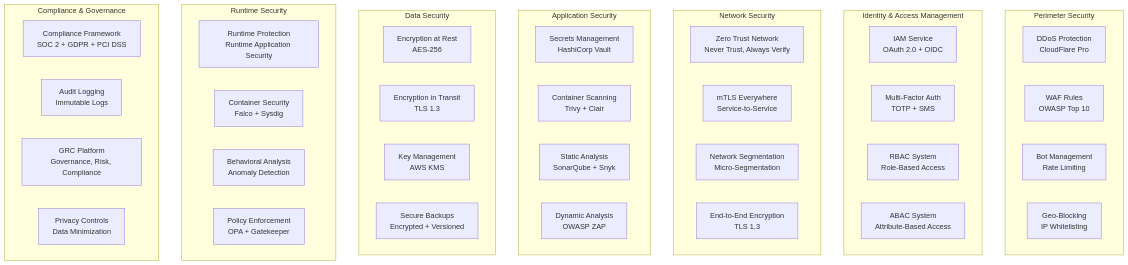
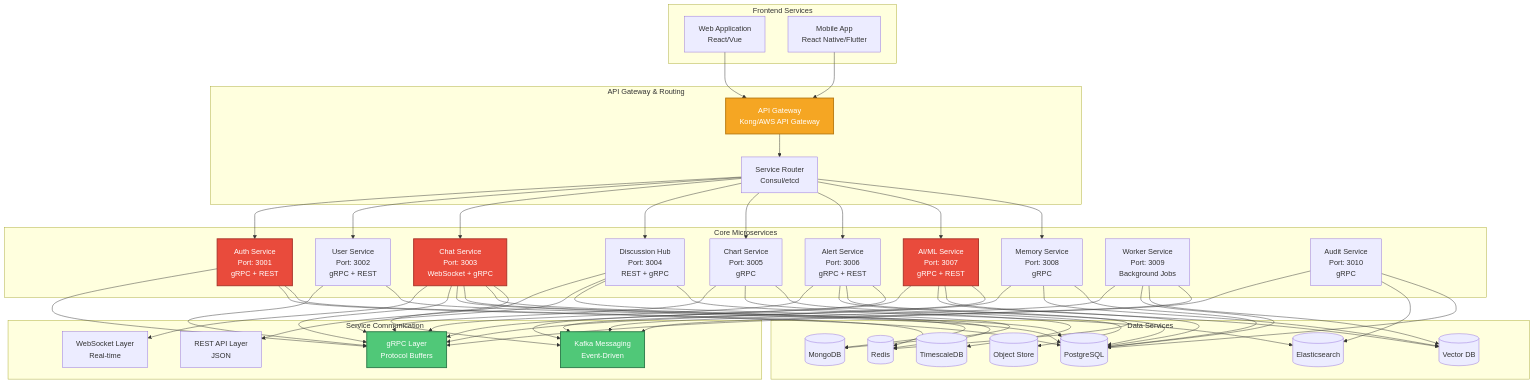
One commit to amar01vidality/Chat_System_documention_And_Architecture- changed the second of 10 diagrams in architecture.md. Above: the diagram before and after it, drawn with Mermaid. The commit also changed other lines of this file, not shown here.

````diff
--- a/architecture.md
+++ b/architecture.md
@@ -211,51 +127,101 @@
 ```mermaid
 graph TB
-    subgraph "Perimeter Security"
-        DDOS[DDoS Protection<br/>CloudFlare Pro]
-        WAFSEC[WAF Rules<br/>OWASP Top 10]
-        BOT[Bot Management<br/>Rate Limiting]
-        GEO[Geo-Blocking<br/>IP Whitelisting]
+    subgraph "Frontend Services"
+        WEB_APP[Web Application<br/>React/Vue]
+        MOBILE_APP[Mobile App<br/>React Native/Flutter]
     end
 
-    subgraph "Identity & Access Management"
-        IAM[IAM Service<br/>OAuth 2.0 + OIDC]
-        MFA[Multi-Factor Auth<br/>TOTP + SMS]
-        RBAC[RBAC System<br/>Role-Based Access]
-        ABAC[ABAC System<br/>Attribute-Based Access]
+    subgraph "API Gateway & Routing"
+        API_GW[API Gateway<br/>Kong/AWS API Gateway]
+        ROUTER[Service Router<br/>Consul/etcd]
     end
 
-    subgraph "Network Security"
-        ZERO[Zero Trust Network<br/>Never Trust, Always Verify]
-        MTLS[mTLS Everywhere<br/>Service-to-Service]
-        SEG[Network Segmentation<br/>Micro-Segmentation]
-        ENCRYPT[End-to-End Encryption<br/>TLS 1.3]
+    subgraph "Core Microservices"
+        AUTH[Auth Service<br/>Port: 3001<br/>gRPC + REST]
+        USER[User Service<br/>Port: 3002<br/>gRPC + REST]
+        CHAT[Chat Service<br/>Port: 3003<br/>WebSocket + gRPC]
+        DISCUSSION[Discussion Hub<br/>Port: 3004<br/>REST + gRPC]
+        CHART[Chart Service<br/>Port: 3005<br/>gRPC]
+        ALERT[Alert Service<br/>Port: 3006<br/>gRPC + REST]
+        AI[AI/ML Service<br/>Port: 3007<br/>gRPC + REST]
+        MEMORY[Memory Service<br/>Port: 3008<br/>gRPC]
+        WORKER[Worker Service<br/>Port: 3009<br/>Background Jobs]
+        AUDIT[Audit Service<br/>Port: 3010<br/>gRPC]
     end
 
-    subgraph "Application Security"
-        VAULT[Secrets Management<br/>HashiCorp Vault]
-        SCAN[Container Scanning<br/>Trivy + Clair]
-        SAST[Static Analysis<br/>SonarQube + Snyk]
-        DAST[Dynamic Analysis<br/>OWASP ZAP]
+    subgraph "Service Communication"
+        GRPC[gRPC Layer<br/>Protocol Buffers]
+        REST[REST API Layer<br/>JSON]
+        WS[WebSocket Layer<br/>Real-time]
+        KAFKA_MSG[Kafka Messaging<br/>Event-Driven]
     end
 
-    subgraph "Data Security"
-        ENCRYPT_REST[Encryption at Rest<br/>AES-256]
-        ENCRYPT_TRANS[Encryption in Transit<br/>TLS 1.3]
-        KEY_MGMT[Key Management<br/>AWS KMS]
-        BACKUP[Secure Backups<br/>Encrypted + Versioned]
+    subgraph "Data Services"
+        PG[(PostgreSQL)]
+        MONGO[(MongoDB)]
+        REDIS_CACHE[(Redis)]
+        TSDB[(TimescaleDB)]
+        VDB[(Vector DB)]
+        ES[(Elasticsearch)]
+        OBJ_STORE[(Object Store)]
     end
 
-    subgraph "Runtime Security"
-        RASP[Runtime Protection<br/>Runtime Application Security]
-        FALCO[Container Security<br/>Falco + Sysdig]
-        BEHAVIOR[Behavioral Analysis<br/>Anomaly Detection]
-        POLICY[Policy Enforcement<br/>OPA + Gatekeeper]
-    end
-
-    subgraph "Compliance & Governance"
-        COMPLIANCE[Compliance Framework<br/>SOC 2 + GDPR + PCI DSS]
-        AUDIT[Audit Logging<br/>Immutable Logs]
-        GRC[GRC Platform<br/>Governance, Risk, Compliance]
-        PRIVACY[Privacy Controls<br/>Data Minimization]
-    end
+    WEB_APP --> API_GW
+    MOBILE_APP --> API_GW
+    API_GW --> ROUTER
+    
+    ROUTER --> AUTH
+    ROUTER --> USER
+    ROUTER --> CHAT
+    ROUTER --> DISCUSSION
+    ROUTER --> CHART
+    ROUTER --> ALERT
+    ROUTER --> AI
+    ROUTER --> MEMORY
+    
+    AUTH --> GRPC
+    USER --> GRPC
+    CHAT --> WS
+    CHAT --> GRPC
+    DISCUSSION --> REST
+    DISCUSSION --> GRPC
+    CHART --> GRPC
+    ALERT --> GRPC
+    AI --> GRPC
+    MEMORY --> GRPC
+    WORKER --> KAFKA_MSG
+    AUDIT --> GRPC
+    
+    AUTH --> PG
+    AUTH --> REDIS_CACHE
+    USER --> PG
+    CHAT --> PG
+    CHAT --> MONGO
+    CHAT --> REDIS_CACHE
+    DISCUSSION --> MONGO
+    DISCUSSION --> ES
+    CHART --> TSDB
+    CHART --> OBJ_STORE
+    ALERT --> PG
+    ALERT --> REDIS_CACHE
+    AI --> VDB
+    AI --> PG
+    MEMORY --> VDB
+    MEMORY --> PG
+    WORKER --> PG
+    WORKER --> VDB
+    AUDIT --> ES
+    AUDIT --> PG
+    
+    CHAT --> KAFKA_MSG
+    AI --> KAFKA_MSG
+    ALERT --> KAFKA_MSG
+    WORKER --> KAFKA_MSG
+    
+    style API_GW fill:#F5A623,stroke:#B87A0F,stroke-width:2px,color:#fff
+    style AUTH fill:#E94B3C,stroke:#A83228,stroke-width:2px,color:#fff
+    style CHAT fill:#E94B3C,stroke:#A83228,stroke-width:2px,color:#fff
+    style AI fill:#E94B3C,stroke:#A83228,stroke-width:2px,color:#fff
+    style GRPC fill:#50C878,stroke:#2D7A4A,stroke-width:2px,color:#fff
+    style KAFKA_MSG fill:#50C878,stroke:#2D7A4A,stroke-width:2px,color:#fff
 ```
````
